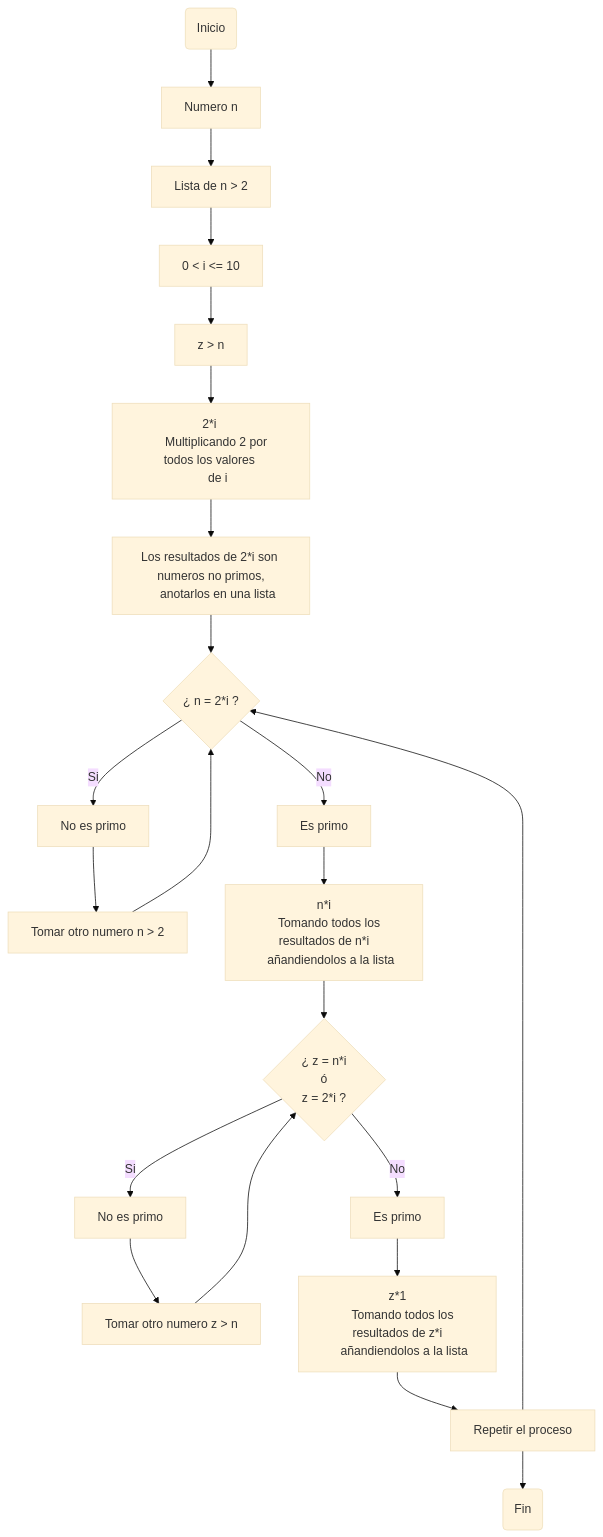
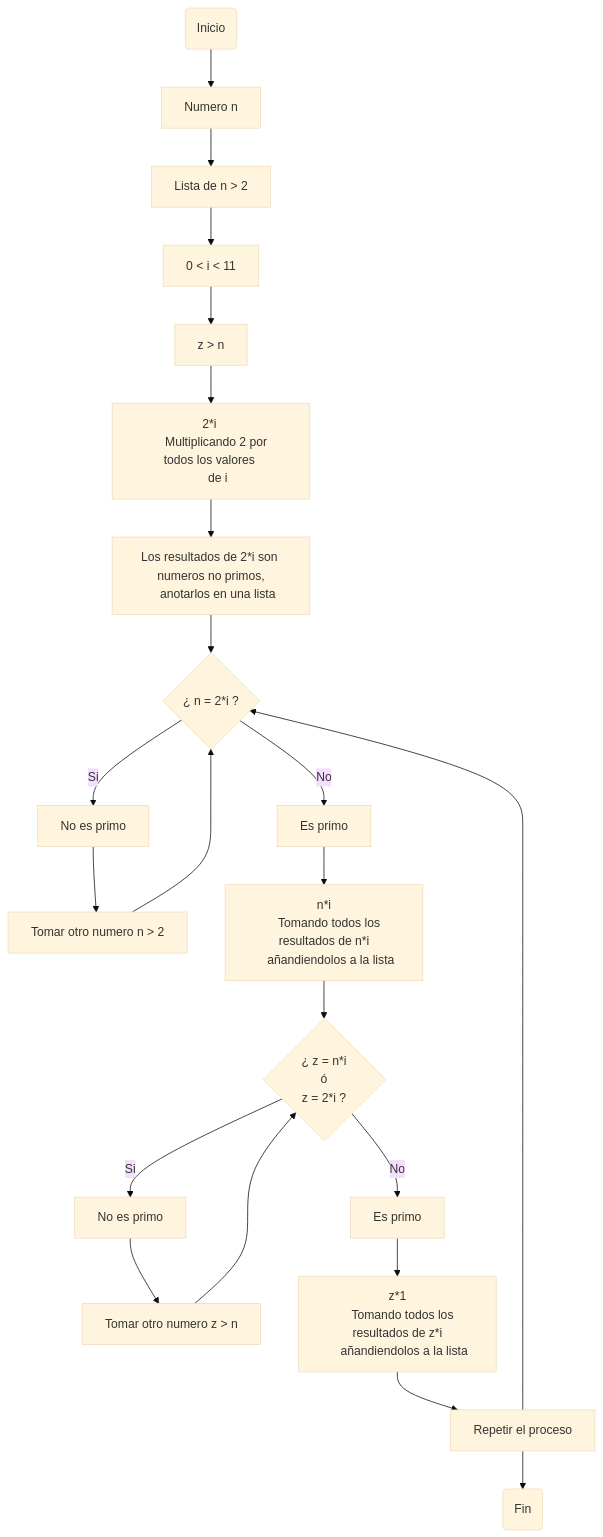
The diagram in README.md (Danbaroj/Reto-3), drawn with Mermaid (base theme) before and after one commit.

````diff
--- a/README.md
+++ b/README.md
@@ -9,34 +9,34 @@
 ```mermaid
 
 flowchart TD;
     A(Inicio) -->B[Numero n]
     B -->F[Lista de n > 2]
-    F -->J[0 < i <= 10 ]
+    F -->J[0 < i < 11 ]
     J -->K[z > n]
     K -->C[2*i 
     Multiplicando 2 por todos los valores 
     de i]
     C -->L[Los resultados de 2*i son numeros no primos,
     anotarlos en una lista] 
     L -->D{¿ n = 2*i ?}
     D -->|Si|G[No es primo]
     G -->Ñ[Tomar otro numero n > 2 ]
     Ñ -->D
     D -->|No|H[Es primo ]
     H -->P[n*i
     Tomando todos los resultados de n*i
     añandiendolos a la lista]
     P -->O{¿ z = n*i
     ó
     z = 2*i ?}
     O -->|Si|U[No es primo]
     O -->|No|I[Es primo ]
     U -->Y[Tomar otro numero z > n ]
     Y -->O
     I -->T[z*1
     Tomando todos los resultados de z*i
     añandiendolos a la lista]
     T -->R[Repetir el proceso]
     R -->D
     R -->E(Fin)
 ```
````
